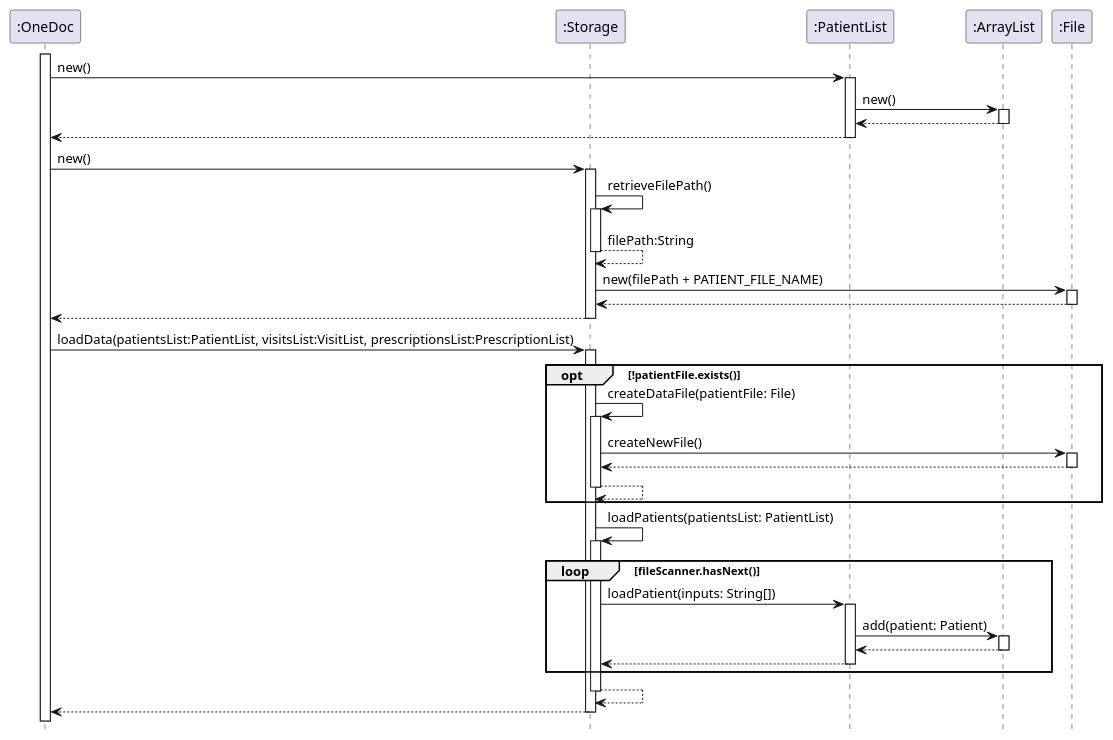
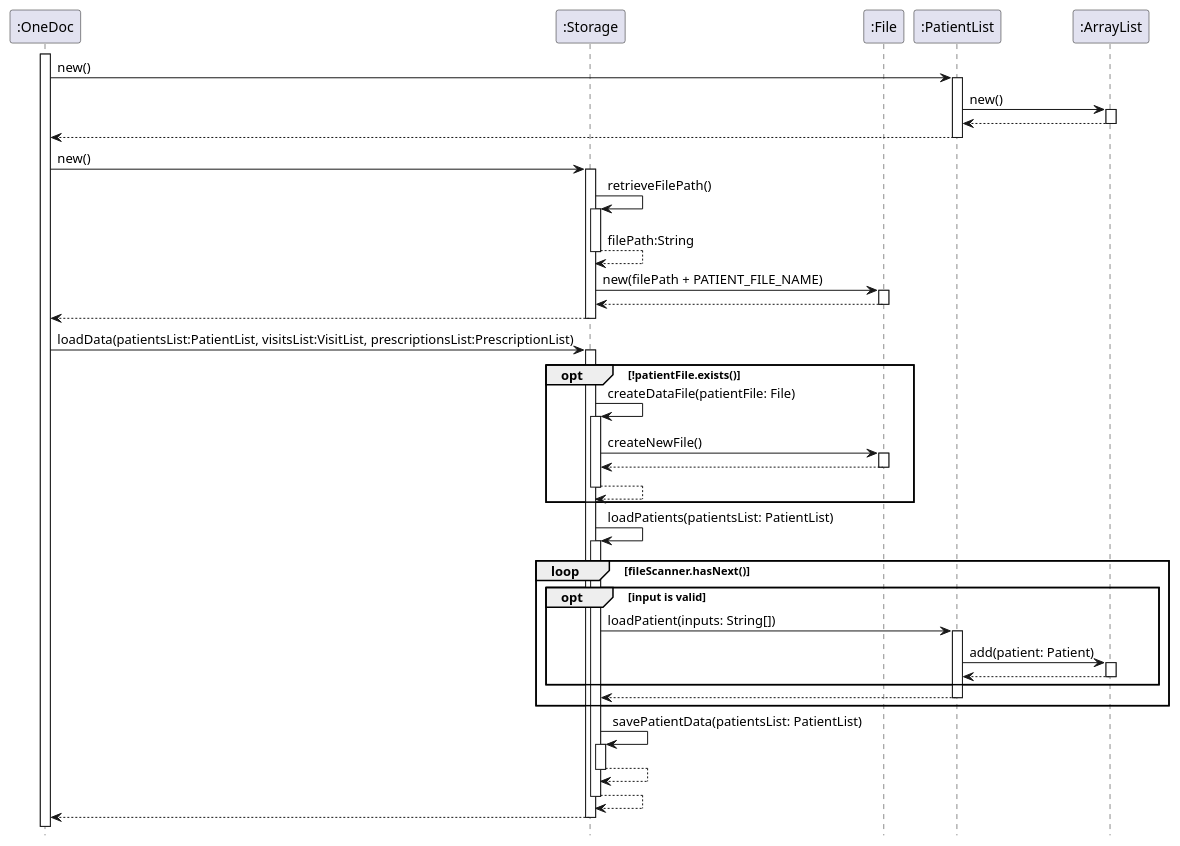
The diagram in docs/diagrams/PatientListInitialization.puml (nus-cs2113-AY2223S1/tp), drawn with PlantUML before and after one commit. The commit also changed 19 other files, not shown here.

Commit message:
Add diagrams and elaboration to the DG

```diff
--- a/docs/diagrams/PatientListInitialization.puml
+++ b/docs/diagrams/PatientListInitialization.puml
@@ -1,70 +1,76 @@
 @startuml
 hide footbox
 'https://plantuml.com/sequence-diagram
 
 
 participant ":OneDoc" as A
+
 participant ":Storage" as D
+participant ":File" as F
 participant ":PatientList" as C
 
 participant ":ArrayList" as E
-participant ":File" as F
+
 
 activate A
 
 A -> C: new()
 activate C
 
 C -> E: new()
 activate E
 return
 
 return
 
 A -> D: new()
 activate D
 D -> D: retrieveFilePath()
 activate D
 return filePath:String
 
 D -> F: new(filePath + PATIENT_FILE_NAME)
 activate F
 return
 
 
 return
 
 A -> D: loadData(patientsList:PatientList, visitsList:VisitList, prescriptionsList:PrescriptionList)
 activate D
 opt !patientFile.exists()
 
 D -> D: createDataFile(patientFile: File)
 activate D
 D -> F: createNewFile()
 activate F
 return
 return
 end
 
 D -> D: loadPatients(patientsList: PatientList)
 activate D
 loop fileScanner.hasNext()
+opt input is valid
 D -> C: loadPatient(inputs: String[])
 activate C
 C -> E: add(patient: Patient)
 activate E
 return
+end
 return
 
 end
-
+D -> D: savePatientData(patientsList: PatientList)
+activate D
+return
 return
 
 
 return
 
 
 
 
 
 @enduml
```
